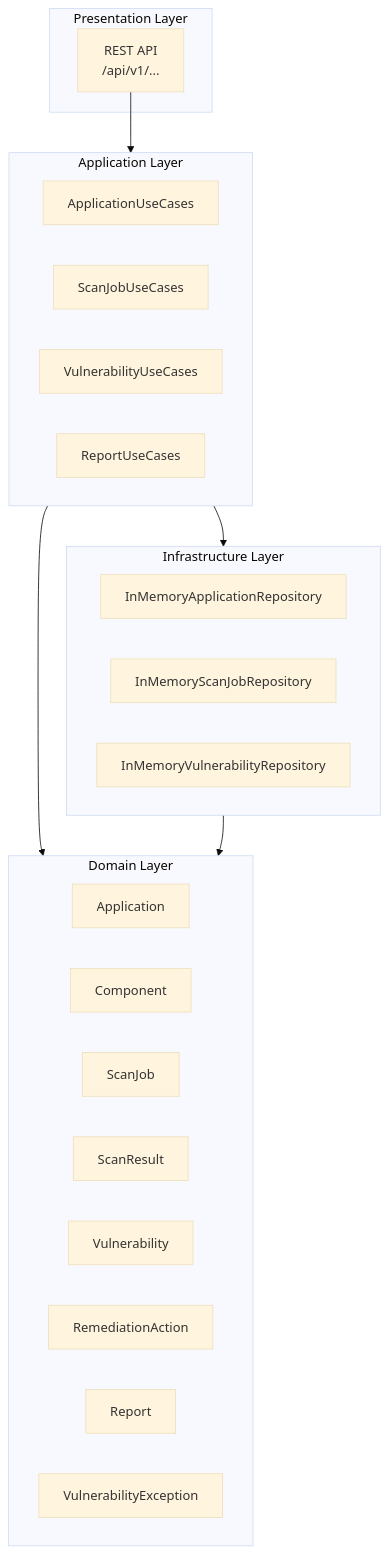
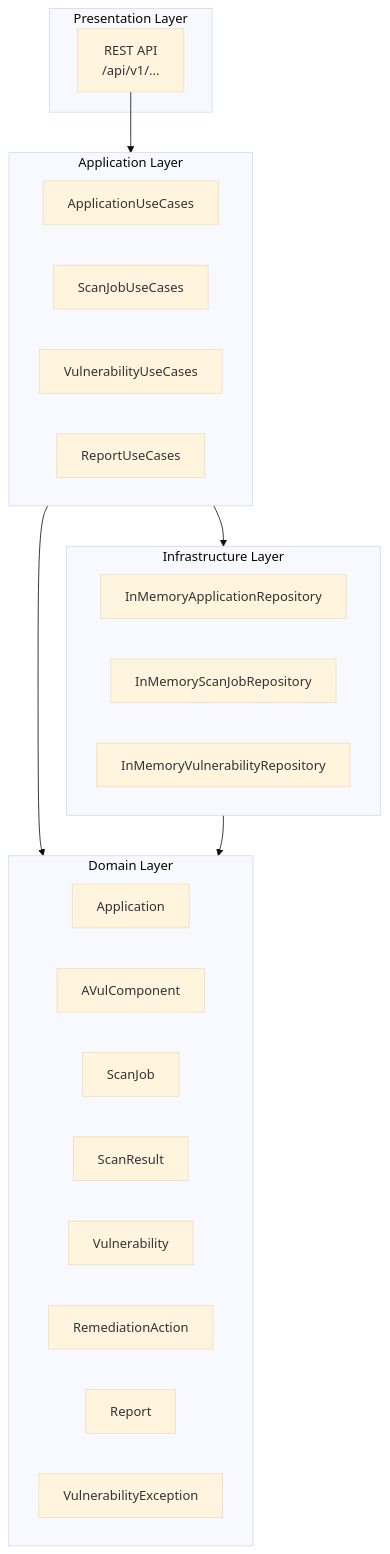
One commit to UIMSolutions/uim-platform changed the second of 3 diagrams in application-vulnerability/UML.md. Above: the diagram before and after it, drawn with Mermaid (base theme). The commit also changed other lines of this file and 125 other files, not shown here.

````diff
--- a/application-vulnerability/UML.md
+++ b/application-vulnerability/UML.md
@@ -81,32 +81,32 @@
 ```mermaid
 flowchart TB
     subgraph Presentation["Presentation Layer"]
         REST["REST API\n/api/v1/..."]
     end
     subgraph Application["Application Layer"]
         APP_UC["ApplicationUseCases"]
         SCAN_UC["ScanJobUseCases"]
         VULN_UC["VulnerabilityUseCases"]
         REPORT_UC["ReportUseCases"]
     end
     subgraph Domain["Domain Layer"]
         APP["Application"]
-        COMP["Component"]
+        COMP["AVulComponent"]
         SCAN["ScanJob"]
         RESULT["ScanResult"]
         VULN["Vulnerability"]
         REM["RemediationAction"]
         REP["Report"]
         EXC["VulnerabilityException"]
     end
     subgraph Infrastructure["Infrastructure Layer"]
         APP_REPO["InMemoryApplicationRepository"]
         SCAN_REPO["InMemoryScanJobRepository"]
         VULN_REPO["InMemoryVulnerabilityRepository"]
     end
 
     REST --> Application
     Application --> Domain
     Infrastructure --> Domain
     Application --> Infrastructure
 ```
````
